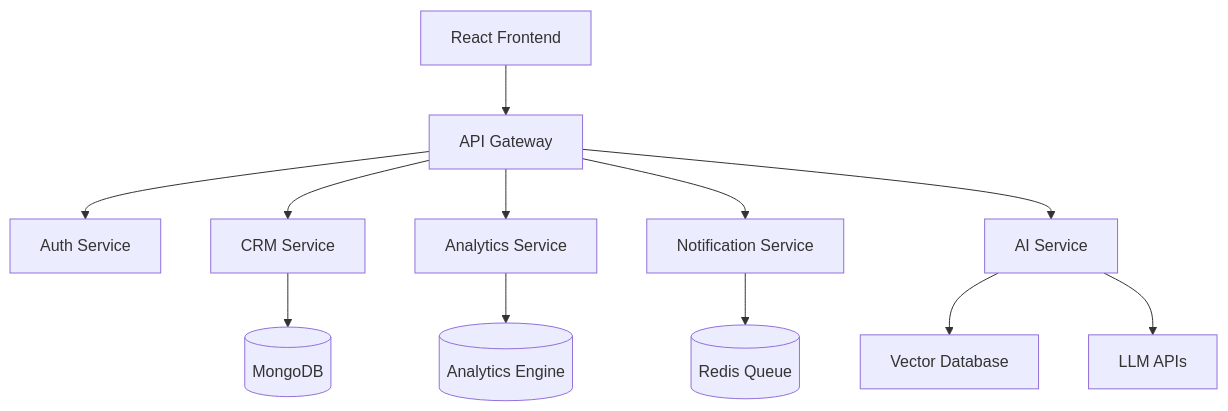
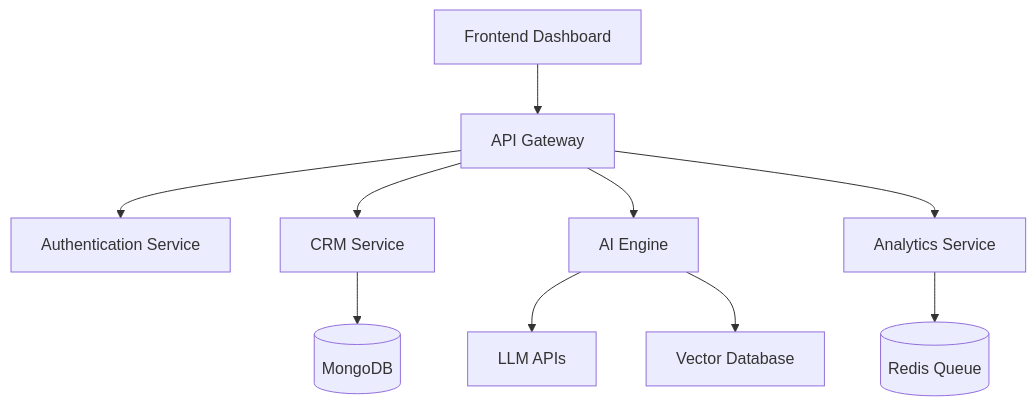
One commit to Dhruv-158/Dhruv-158 changed the diagram in README.md. Above: the diagram before and after it, drawn with Mermaid. The commit also changed other lines of this file, not shown here.

````diff
--- a/README.md
+++ b/README.md
@@ -153,19 +102,17 @@
 ```mermaid
 graph TD
 
-A[React Frontend] --> B[API Gateway]
+A[Frontend Dashboard] --> B[API Gateway]
 
-B --> C[Auth Service]
+B --> C[Authentication Service]
 B --> D[CRM Service]
-B --> E[Analytics Service]
-B --> F[Notification Service]
-B --> G[AI Service]
+B --> E[AI Engine]
+B --> F[Analytics Service]
 
-G --> H[Vector Database]
-G --> I[LLM APIs]
+E --> G[LLM APIs]
+E --> H[Vector Database]
 
-D --> J[(MongoDB)]
-F --> K[(Redis Queue)]
+D --> I[(MongoDB)]
+F --> J[(Redis Queue)]
 
-E --> L[(Analytics Engine)]
 ```
````
